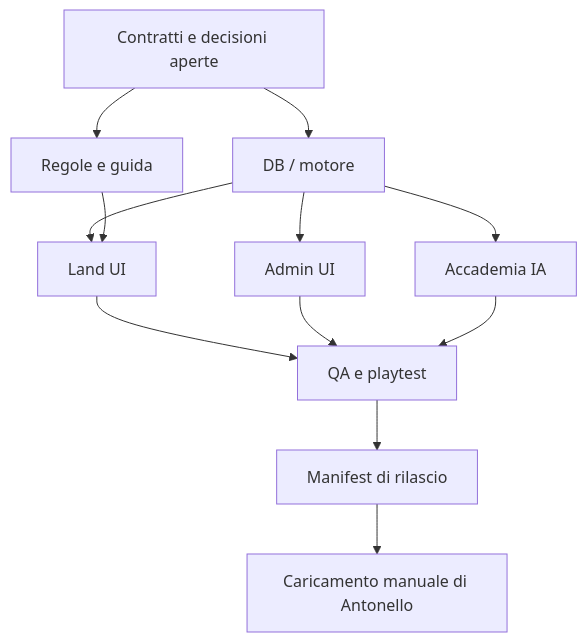
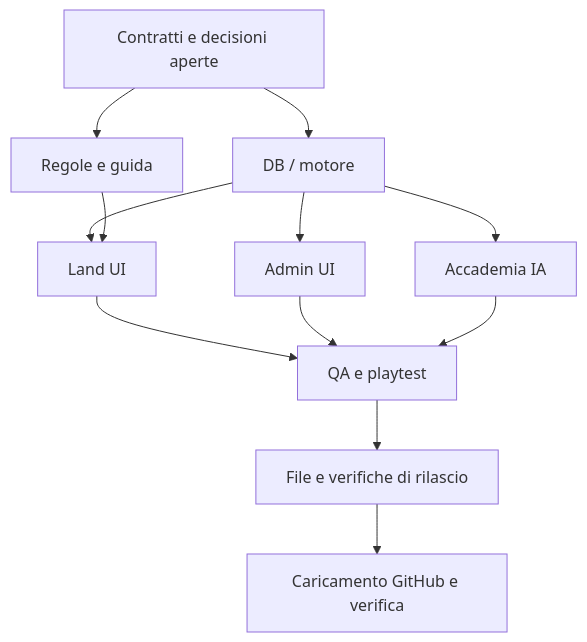
One commit to antonello9311-design/theuntoldstory changed the second of 2 diagrams in management/TheUntoldStory_Workflow_MultiAgent.md. Above: the diagram before and after it, drawn with Mermaid. The commit also changed other lines of this file, not shown here.

````diff
--- a/management/TheUntoldStory_Workflow_MultiAgent.md
+++ b/management/TheUntoldStory_Workflow_MultiAgent.md
@@ -97,14 +98,14 @@
 ```mermaid
 flowchart TD
   A["Contratti e decisioni aperte"] --> B["DB / motore"]
   A --> C["Regole e guida"]
   B --> D["Land UI"]
   B --> E["Admin UI"]
   B --> F["Accademia IA"]
   C --> D
   D --> G["QA e playtest"]
   E --> G
   F --> G
-  G --> H["Manifest di rilascio"]
-  H --> I["Caricamento manuale di Antonello"]
+   G --> H["File e verifiche di rilascio"]
+   H --> I["Caricamento GitHub e verifica"]
 ```
````
